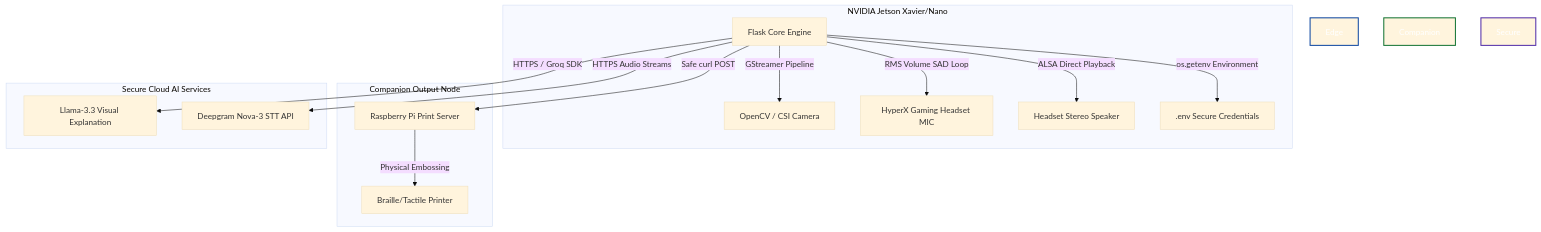
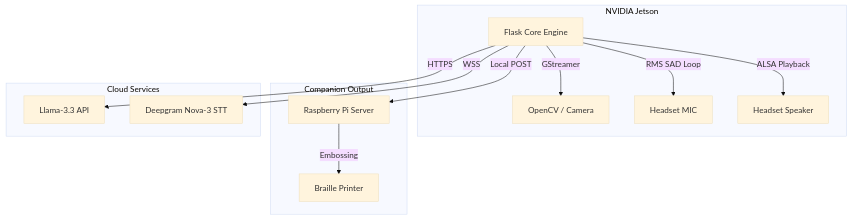
The diagram in README.md (yasmin2111/viva-ex-aau), drawn with Mermaid (base theme) before and after one commit. The commit also changed other lines of this file, not shown here.

````diff
--- a/README.md
+++ b/README.md
@@ -84,23 +67,19 @@
 ```mermaid
 graph TD
-    subgraph Edge Hardware Node [NVIDIA Jetson Xavier/Nano]
-        A[Flask Core Engine] -->|GStreamer Pipeline| B[OpenCV / CSI Camera]
-        A -->|RMS Volume SAD Loop| C[HyperX Gaming Headset MIC]
-        A -->|ALSA Direct Playback| D[Headset Stereo Speaker]
-        A -->|os.getenv Environment| E[.env Secure Credentials]
+    subgraph Edge Node [NVIDIA Jetson]
+        A[Flask Core Engine] -->|GStreamer| B[OpenCV / Camera]
+        A -->|RMS SAD Loop| C[Headset MIC]
+        A -->|ALSA Playback| D[Headset Speaker]
     end
 
-    subgraph Companion Output Node
-        A -->|Safe curl POST| F[Raspberry Pi Print Server]
-        F -->|Physical Embossing| G[Braille/Tactile Printer]
+    subgraph Companion Output
+        A -->|Local POST| F[Raspberry Pi Server]
+        F -->|Embossing| G[Braille Printer]
     end
 
-    subgraph Secure Cloud AI Services
-        A -->|HTTPS / Groq SDK| H[Llama-3.3 Visual Explanation]
-        A -->|HTTPS Audio Streams| I[Deepgram Nova-3 STT API]
+    subgraph Cloud Services
+        A -->|HTTPS| H[Llama-3.3 API]
+        A -->|WSS| I[Deepgram Nova-3 STT]
     end
 
-    style Edge Hardware Node fill:#1a73e8,stroke:#0d47a1,stroke-width:2px,color:#fff
-    style Companion Output Node fill:#34a853,stroke:#137333,stroke-width:2px,color:#fff
-    style Secure Cloud AI Services fill:#764ba2,stroke:#512da8,stroke-width:2px,color:#fff
 ```
````
